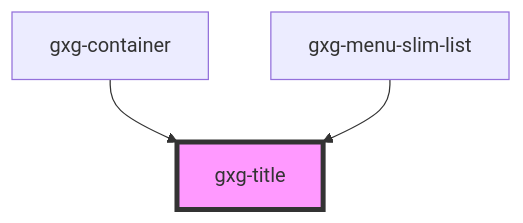
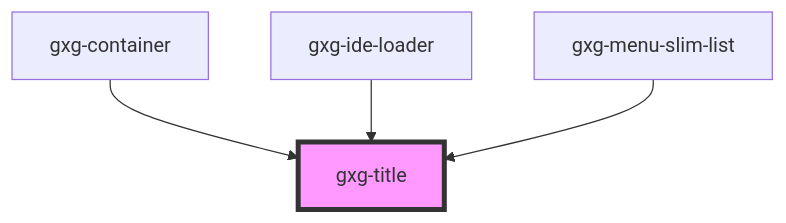
One commit to genexuslabs/gemini changed the diagram in src/components/title/readme.md. Above: the diagram before and after it, drawn with Mermaid. The commit also changed other lines of this file and 9 other files, not shown here.

````diff
--- a/src/components/title/readme.md
+++ b/src/components/title/readme.md
@@ -39,6 +40,7 @@
 ```mermaid
 graph TD;
   gxg-container --> gxg-title
+  gxg-ide-loader --> gxg-title
   gxg-menu-slim-list --> gxg-title
   style gxg-title fill:#f9f,stroke:#333,stroke-width:4px
 ```
````
